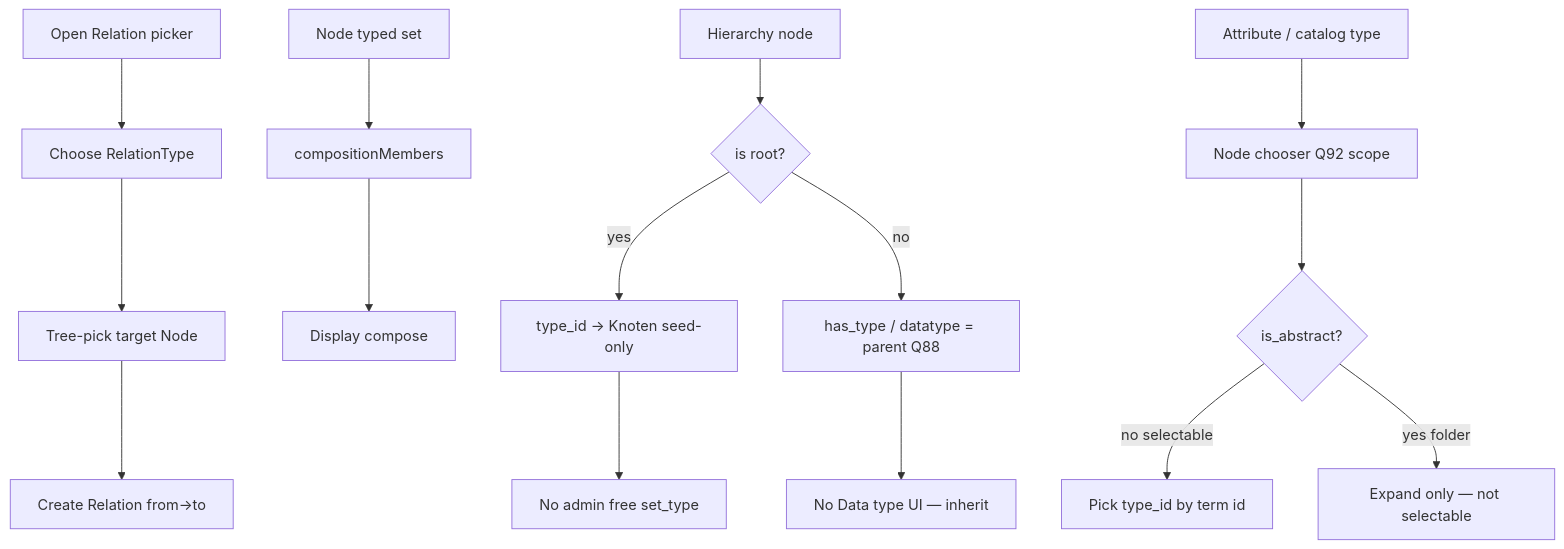
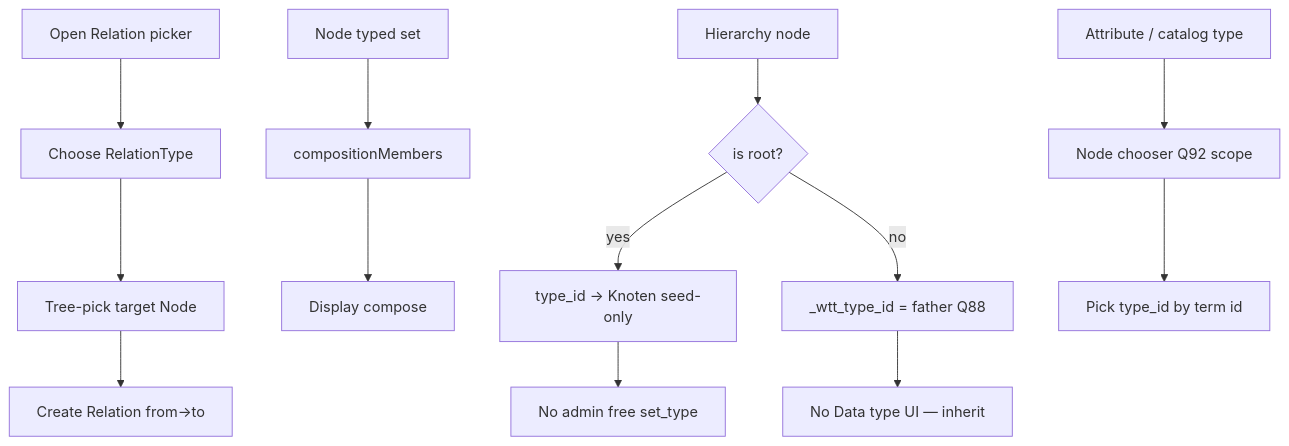
Before and after one commit to sfambach/wp-taxonomy-modeler: the seventh of 8 diagrams in docs/plans/data-structure.md, drawn with Mermaid. The commit also changed other lines of this file and 66 other files, not shown here.

````diff
--- a/docs/plans/data-structure.md
+++ b/docs/plans/data-structure.md
@@ -1127,17 +1155,15 @@
 ```mermaid
 flowchart TD
   A[Open Relation picker] --> B[Choose RelationType]
   B --> C[Tree-pick target Node]
   C --> D[Create Relation from→to]
   E[Node typed set] --> F[compositionMembers]
   F --> G[Display compose]
   R[Hierarchy node] --> S{is root?}
   S -->|yes| T[type_id → Knoten seed-only]
-  S -->|no| U[has_type / datatype = parent Q88]
+  S -->|no| U[_wtt_type_id = father Q88]
   U --> V[No Data type UI — inherit]
   T --> W[No admin free set_type]
   H[Attribute / catalog type] --> I[Node chooser Q92 scope]
-  I --> J{is_abstract?}
-  J -->|no selectable| M[Pick type_id by term id]
-  J -->|yes folder| N[Expand only — not selectable]
+  I --> M[Pick type_id by term id]
 ```
````
